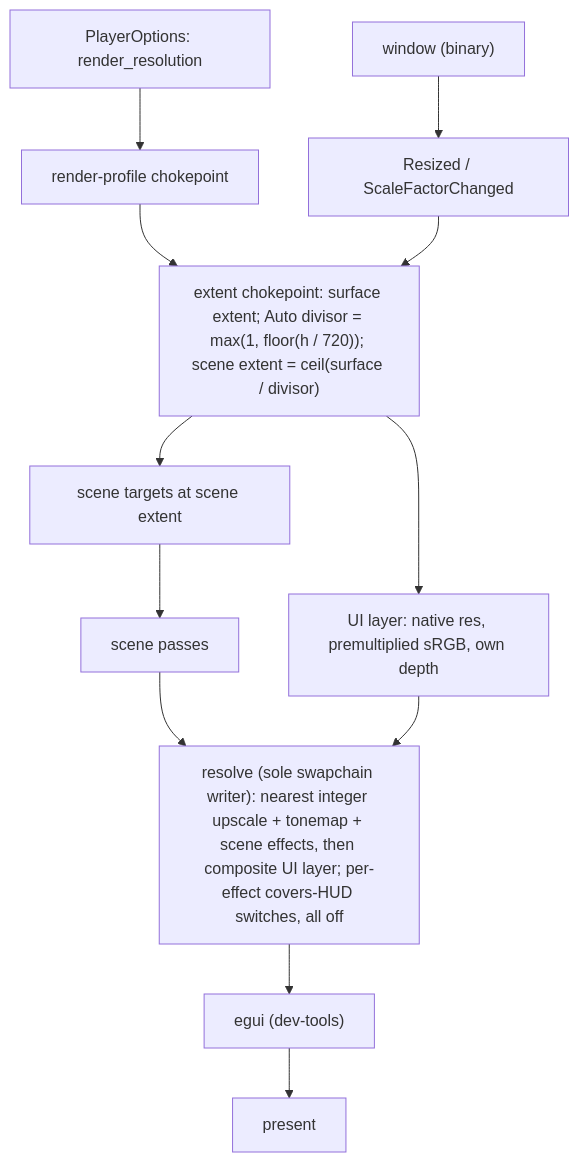
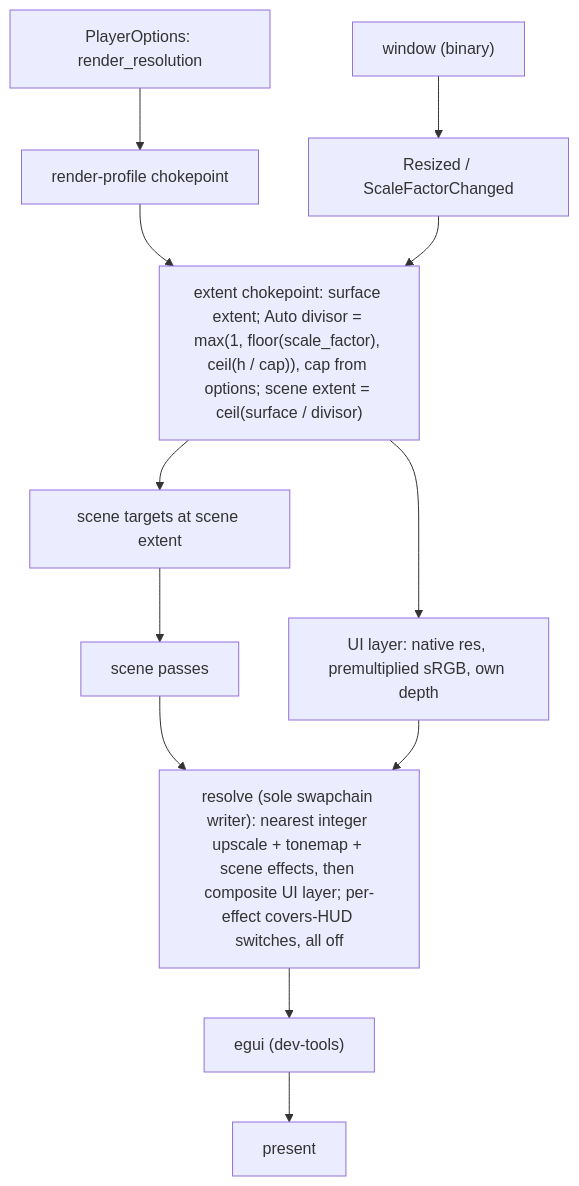
One commit to majtom2grndctrl/postretro changed the second of 2 diagrams in context/plans/drafts/hidpi-render-scale/research.md. Above: the diagram before and after it, drawn with Mermaid. The commit also changed other lines of this file and 1 other file, not shown here.

Commit message:
revise hidpi-render-scale: hybrid Auto, UI-layer rationale, policy crossing
Claude-Session: https://claude.ai/code/session_016AexkRDJTBfrV6TXXhP3h1

````diff
--- a/context/plans/drafts/hidpi-render-scale/research.md
+++ b/context/plans/drafts/hidpi-render-scale/research.md
@@ -38,13 +38,13 @@
 ```mermaid
 flowchart TD
   S["PlayerOptions: render_resolution"] --> RP["render-profile chokepoint"]
   W["window (binary)"] --> R["Resized / ScaleFactorChanged"]
   RP --> X
-  R --> X["extent chokepoint: surface extent; Auto divisor = max(1, floor(h / 720)); scene extent = ceil(surface / divisor)"]
+  R --> X["extent chokepoint: surface extent; Auto divisor = max(1, floor(scale_factor), ceil(h / cap)), cap from options; scene extent = ceil(surface / divisor)"]
   X --> T["scene targets at scene extent"]
   T --> P["scene passes"]
   X --> L["UI layer: native res, premultiplied sRGB, own depth"]
   P --> V
   L --> V["resolve (sole swapchain writer): nearest integer upscale + tonemap + scene effects, then composite UI layer; per-effect covers-HUD switches, all off"]
   V --> E["egui (dev-tools)"] --> Q["present"]
 ```
````
